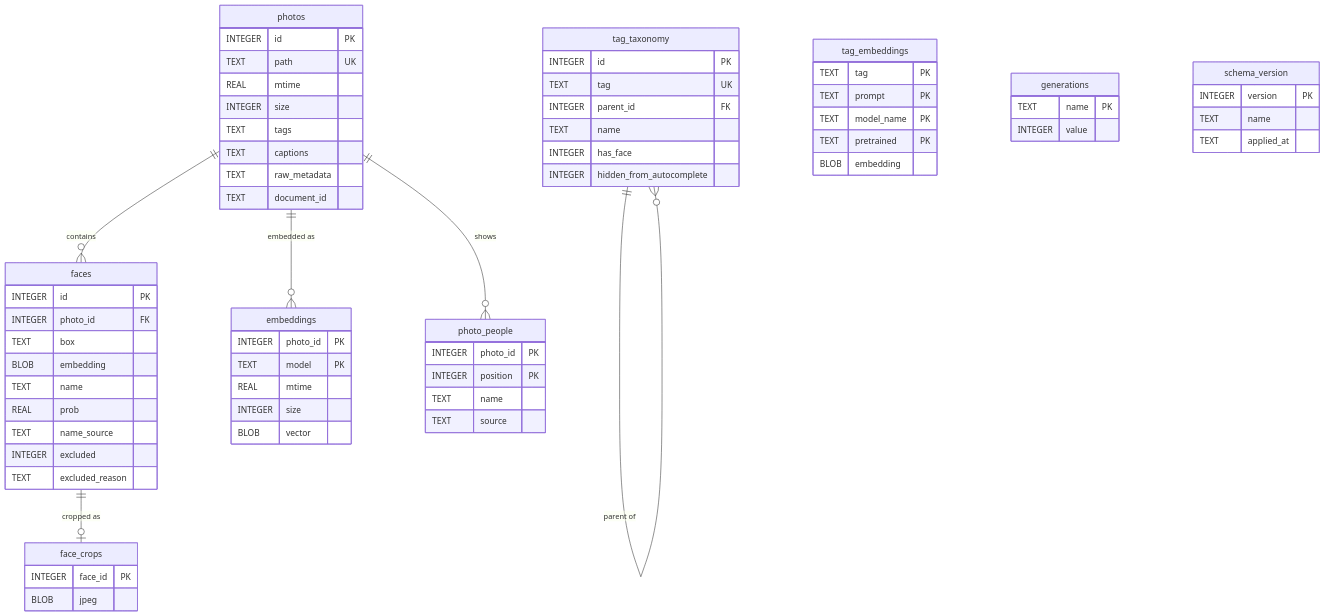
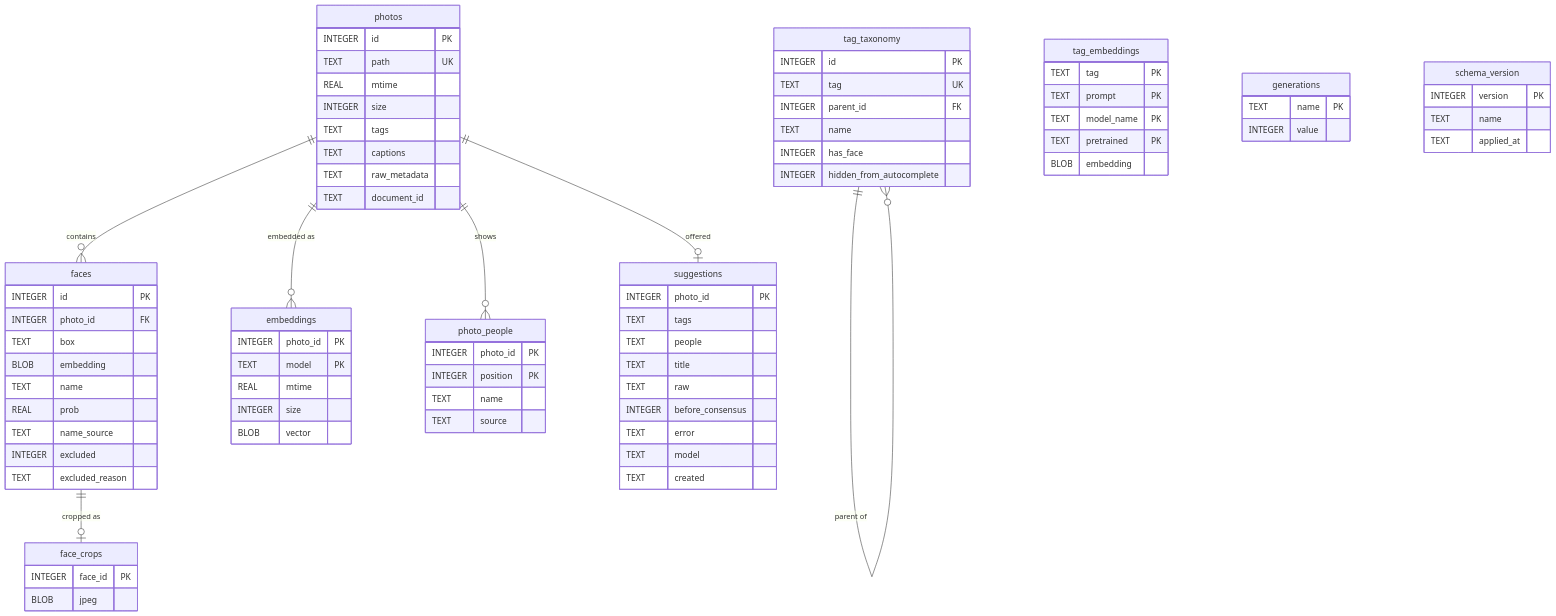
The first of 2 diagrams in DATABASE.md (Wizoi/TagPup), drawn with Mermaid before and after one commit. The commit also changed other lines of this file and 22 other files, not shown here.

First line of the commit message:
refactor: suggestions kept by photo, in the library

````diff
--- a/DATABASE.md
+++ b/DATABASE.md
@@ -214,6 +229,18 @@
         TEXT source
     }
 
+    suggestions {
+        INTEGER photo_id PK
+        TEXT tags
+        TEXT people
+        TEXT title
+        TEXT raw
+        INTEGER before_consensus
+        TEXT error
+        TEXT model
+        TEXT created
+    }
+
     tag_embeddings {
         TEXT tag PK
         TEXT prompt PK
@@ -241,6 +268,7 @@
     photos ||--o{ faces : "contains"
     photos ||--o{ embeddings : "embedded as"
     photos ||--o{ photo_people : "shows"
+    photos ||--o| suggestions : "offered"
     faces ||--o| face_crops : "cropped as"
     tag_taxonomy ||--o{ tag_taxonomy : "parent of"
 ```
````
